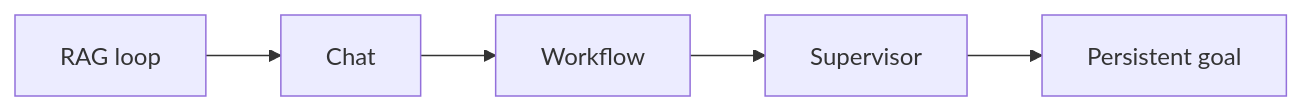
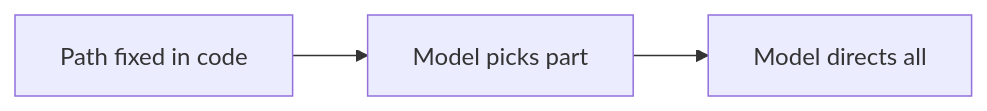
The diagram in content/diagrams/agent-design-space/design-space-map.mmd (ninadpathak/ninadpathak), drawn with Mermaid before and after one commit. The commit also changed 7 other files, not shown here.

Commit message:
Rewrite agent-design-space as the named agent design patterns, with a grid for placing them

```diff
--- a/content/diagrams/agent-design-space/design-space-map.mmd
+++ b/content/diagrams/agent-design-space/design-space-map.mmd
@@ -1,18 +1,14 @@
 %% @fig 01
-%% @kicker Agent patterns by run frequency and risk
-%% @alt The five production agent patterns in order of how often they run and how wide their blast radius is: retrieval-augmented single-loop agents run once per request with the smallest blast radius, then multi-turn conversational agents, workflow orchestration agents, supervisor-delegation agents that split work across several agents, and persistent-goal agents that run continuously and carry state across days with the widest blast radius and the hardest audit.
-%% @caption The later a pattern comes in the sequence, the longer it runs and the more its state has to survive a restart.
-%% @glyph rag | vectors
-%% @glyph conv | tokens
-%% @glyph flow | tools
-%% @glyph sup | loop
-%% @glyph goal | loop corner=flag
-%% @dim rag | goal | Longer runs, wider risk
-%% @spacing 20,22
+%% @kicker Six patterns in three groups
+%% @alt Agent design patterns grouped by who directs the steps. Prompt chaining, routing and parallelization run on paths fixed in code. In orchestrator-workers and evaluator-optimizer a model decides part of the path. In the autonomous agent the model directs every step.
+%% @caption Anthropic's six patterns in my grouping, from paths fixed in code on the left to a model directing every step on the right.
+%% @glyph code | tools
+%% @glyph mixed | loop
+%% @glyph agent | loop corner=flag
+%% @dim code | agent | More decided by the model
+%% @spacing 24,22
 flowchart LR
-  rag["RAG loop"]
-  conv["Chat"]
-  flow["Workflow"]
-  sup["Supervisor"]:::stack
-  goal["Persistent goal"]:::focal
-  rag --> conv --> flow --> sup --> goal
+  code["Path fixed in code"]
+  mixed["Model picks part"]:::stack
+  agent["Model directs all"]:::focal
+  code --> mixed --> agent
```
